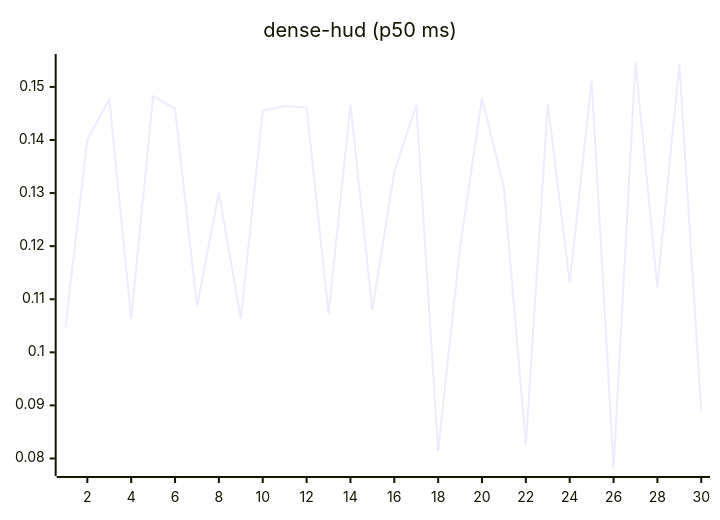
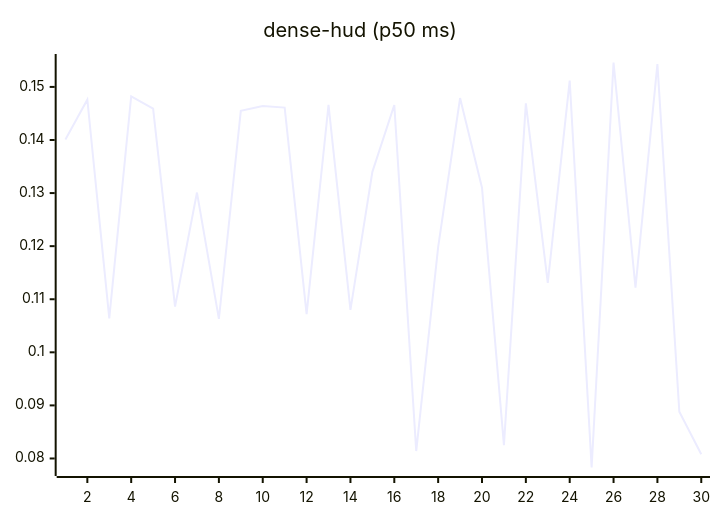
One commit to josha/Facet changed the eighth of 27 diagrams in README.md. Above: the diagram before and after it, drawn with Mermaid. The commit also changed other lines of this file and 2 other files, not shown here.

````diff
--- a/README.md
+++ b/README.md
@@ -112,6 +112,6 @@
 ```mermaid
 xychart-beta
     title "dense-hud (p50 ms)"
     x-axis 1 --> 30
-    line [0.1047, 0.1401, 0.1476, 0.1064, 0.1482, 0.1459, 0.1086, 0.1301, 0.1063, 0.1455, 0.1464, 0.1461, 0.1072, 0.1466, 0.1080, 0.1340, 0.1466, 0.0814, 0.1198, 0.1479, 0.1310, 0.0825, 0.1469, 0.1131, 0.1512, 0.0783, 0.1546, 0.1122, 0.1543, 0.0888]
+    line [0.1401, 0.1476, 0.1064, 0.1482, 0.1459, 0.1086, 0.1301, 0.1063, 0.1455, 0.1464, 0.1461, 0.1072, 0.1466, 0.1080, 0.1340, 0.1466, 0.0814, 0.1198, 0.1479, 0.1310, 0.0825, 0.1469, 0.1131, 0.1512, 0.0783, 0.1546, 0.1122, 0.1543, 0.0888, 0.0808]
 ```
````
